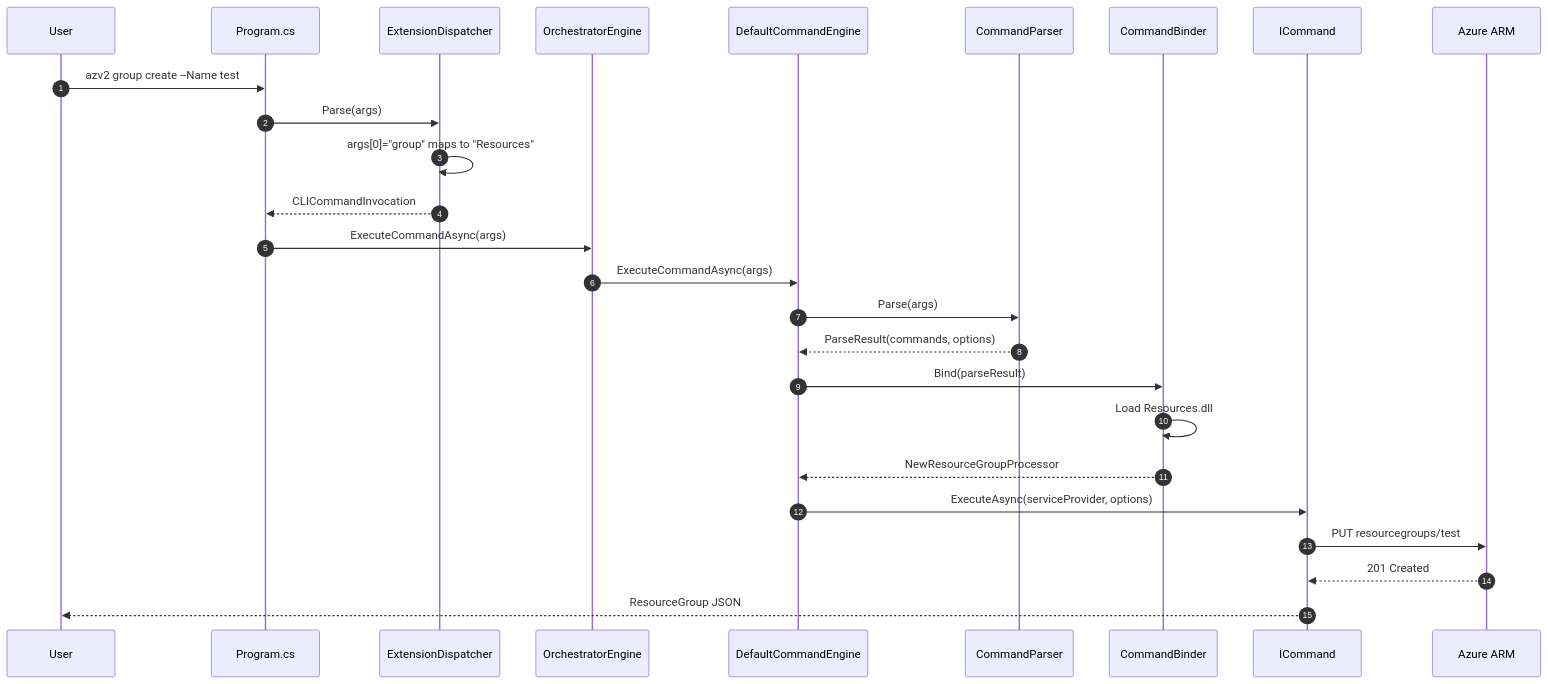
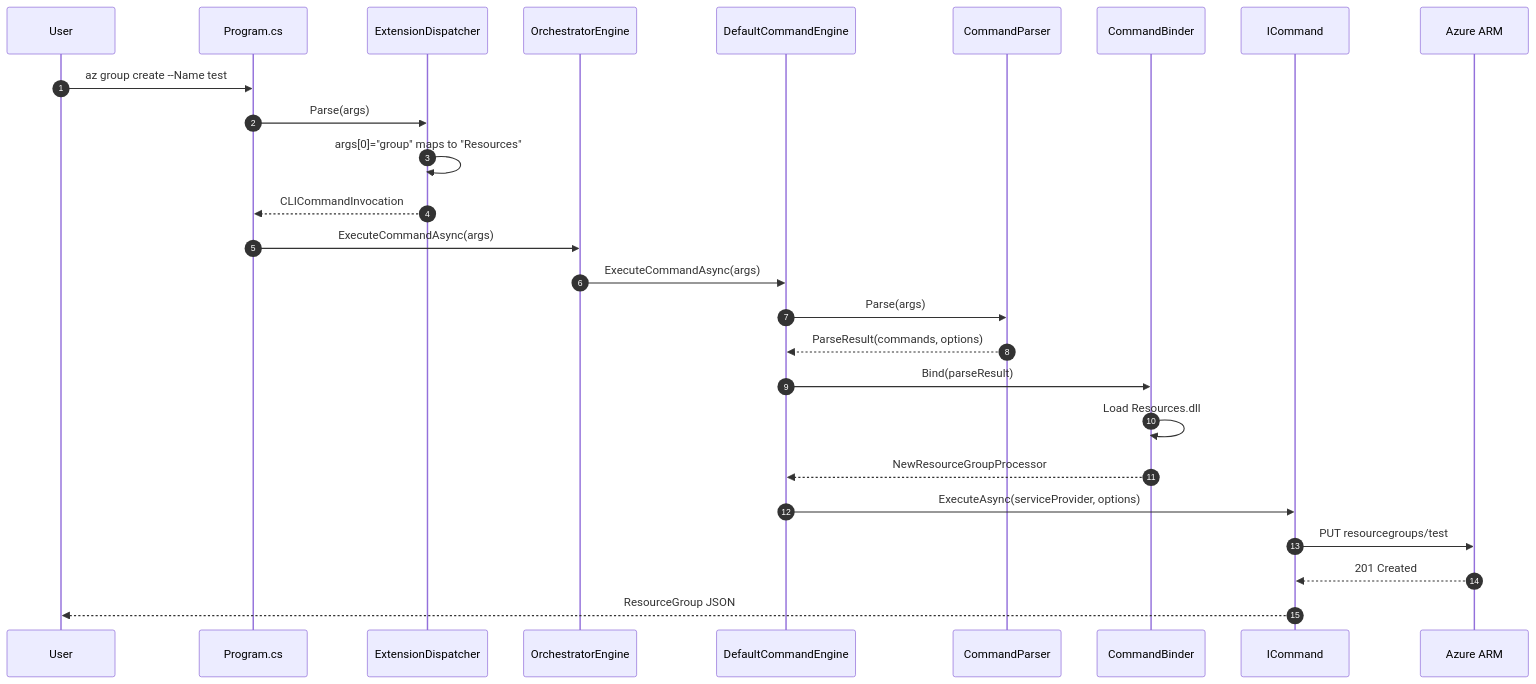
The fourth of 4 diagrams in wiki/zero-to-hero-guide.md (Azure/azclips), drawn with Mermaid before and after one commit. The commit also changed other lines of this file and 136 other files, not shown here.

````diff
--- a/wiki/zero-to-hero-guide.md
+++ b/wiki/zero-to-hero-guide.md
@@ -416,29 +416,29 @@
 ```mermaid
 sequenceDiagram
     autonumber
     participant User
     participant Program as Program.cs
     participant ED as ExtensionDispatcher
     participant OE as OrchestratorEngine
     participant DE as DefaultCommandEngine
     participant CP as CommandParser
     participant CB as CommandBinder
     participant Cmd as ICommand
     participant Azure as Azure ARM
 
-    User->>Program: azv2 group create --Name test
+    User->>Program: az group create --Name test
     Program->>ED: Parse(args)
     ED->>ED: args[0]="group" maps to "Resources"
     ED-->>Program: CLICommandInvocation
     Program->>OE: ExecuteCommandAsync(args)
     OE->>DE: ExecuteCommandAsync(args)
     DE->>CP: Parse(args)
     CP-->>DE: ParseResult(commands, options)
     DE->>CB: Bind(parseResult)
     CB->>CB: Load Resources.dll
     CB-->>DE: NewResourceGroupProcessor
     DE->>Cmd: ExecuteAsync(serviceProvider, options)
     Cmd->>Azure: PUT resourcegroups/test
     Azure-->>Cmd: 201 Created
     Cmd-->>User: ResourceGroup JSON
 ```
````
